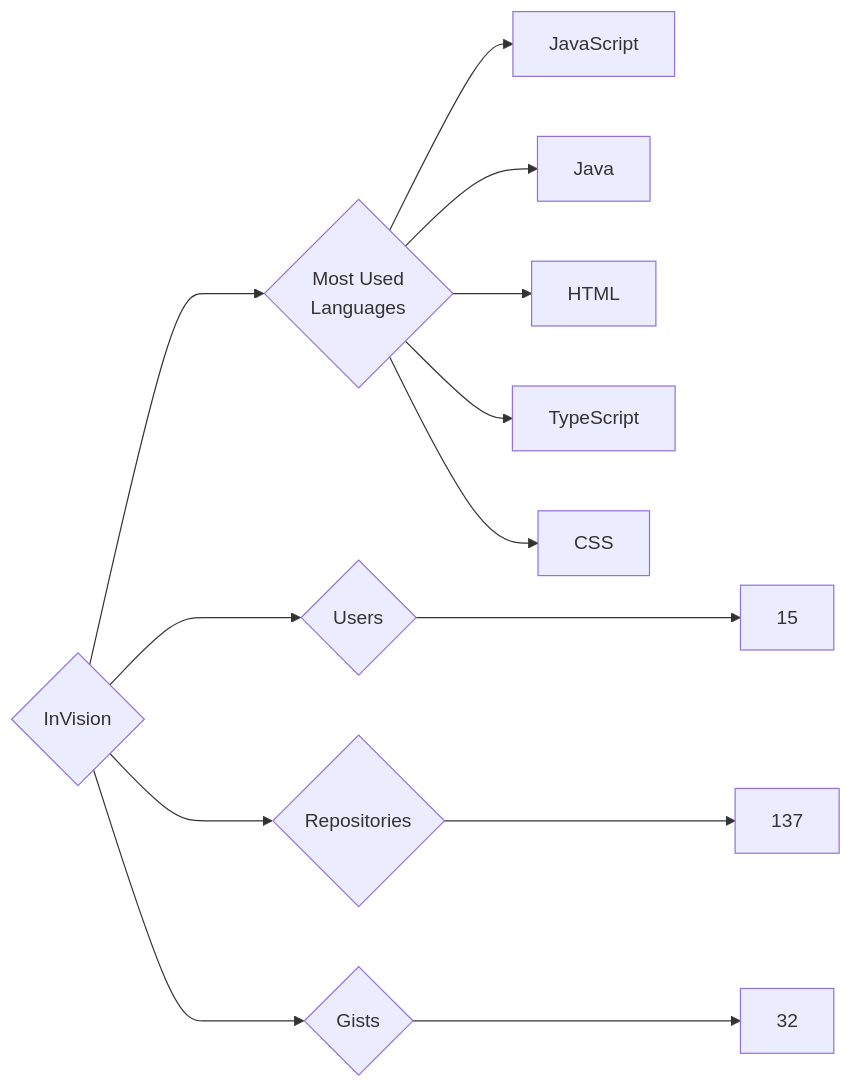
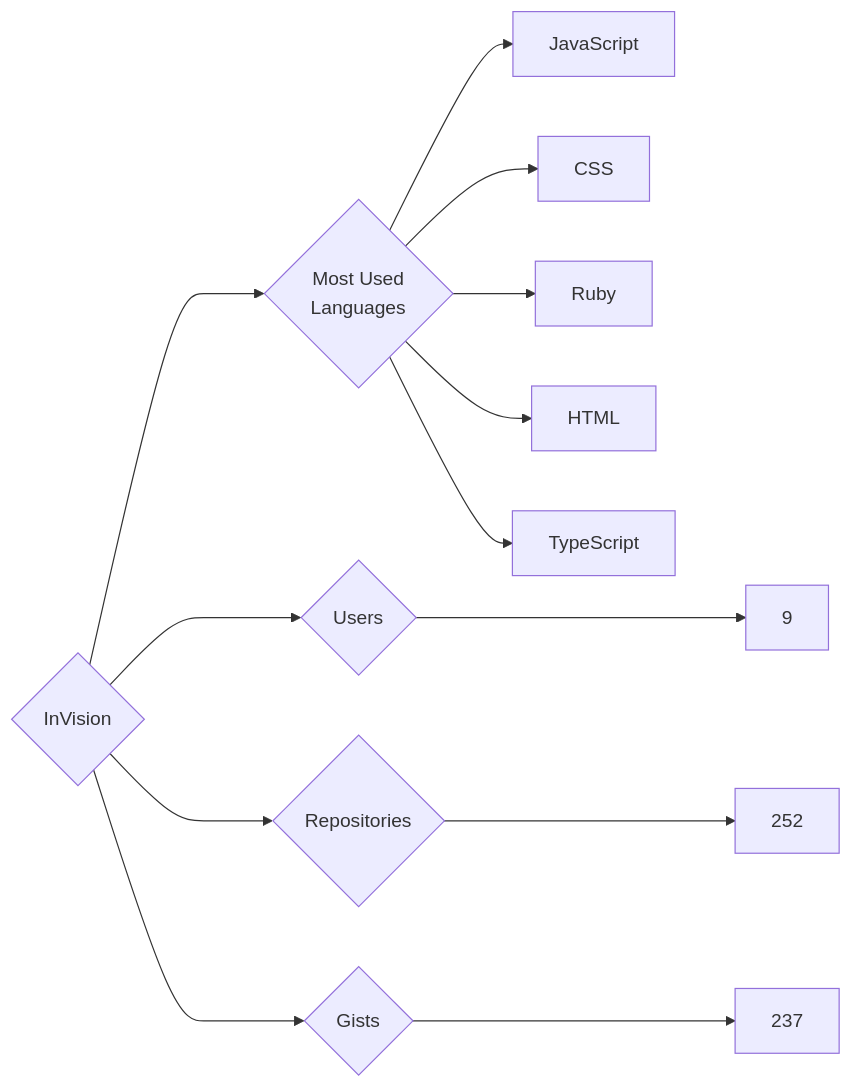
One commit to trickest/insiders changed the diagram in targets/InVision/README.md. Above: the diagram before and after it, drawn with Mermaid. The commit also changed 773 other files, not shown here.

````diff
--- a/targets/InVision/README.md
+++ b/targets/InVision/README.md
@@ -3,13 +3,13 @@
 ```mermaid
 graph LR
 COMPANY_NAME{InVision}
-COMPANY_NAME ---> U{Users} ---> UN[15]
-COMPANY_NAME ---> R{Repositories} ---> RN[137]
-COMPANY_NAME ---> G{Gists} ---> GN[32]
+COMPANY_NAME ---> U{Users} ---> UN[9]
+COMPANY_NAME ---> R{Repositories} ---> RN[252]
+COMPANY_NAME ---> G{Gists} ---> GN[237]
 COMPANY_NAME ---> ML{Most Used<br>Languages}
 ML --> JavaScript[JavaScript]
-ML --> Java[Java]
+ML --> CSS[CSS]
+ML --> Ruby[Ruby]
 ML --> HTML[HTML]
 ML --> TypeScript[TypeScript]
-ML --> CSS[CSS]
 ```
````
